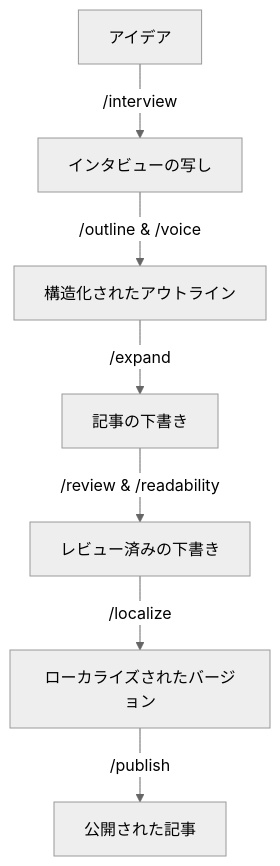
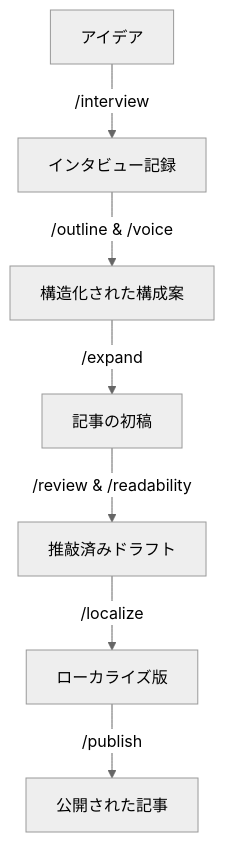
Before and after one commit to danicat/danicat.dev: the diagram in content/posts/20250805-introducing-speedgrapher/index.ja.md, drawn with Mermaid (neutral theme). The commit also changed other lines of this file and 152 other files, not shown here.

```diff
--- a/content/posts/20250805-introducing-speedgrapher/index.ja.md
+++ b/content/posts/20250805-introducing-speedgrapher/index.ja.md
@@ -129,9 +134,9 @@
 {{< mermaid >}}
 flowchart TD
-    A[アイデア] -->|/interview| B[インタビューの写し]
-    B -->|/outline & /voice| C[構造化されたアウトライン]
-    C -->|/expand| D[記事の下書き]
-    D -->|/review & /readability| E[レビュー済みの下書き]
-    E -->|/localize| F[ローカライズされたバージョン]
+    A[アイデア] -->|/interview| B[インタビュー記録]
+    B -->|/outline & /voice| C[構造化された構成案]
+    C -->|/expand| D[記事の初稿]
+    D -->|/review & /readability| E[推敲済みドラフト]
+    E -->|/localize| F[ローカライズ版]
     F -->|/publish| G[公開された記事]
 {{< /mermaid >}}
```
